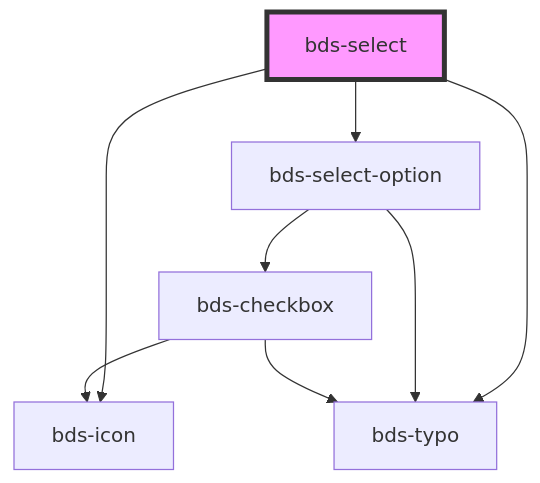
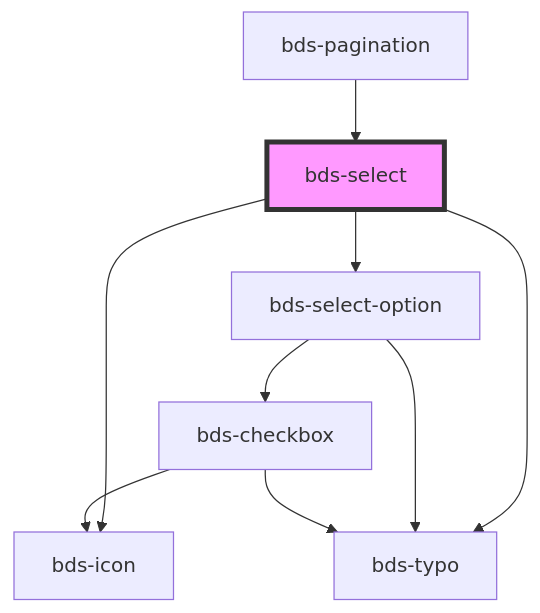
Before and after one commit to takenet/blip-ds: the diagram in src/components/selects/select/readme.md, drawn with Mermaid. The commit also changed other lines of this file and 10 other files, not shown here.

````diff
--- a/src/components/selects/select/readme.md
+++ b/src/components/selects/select/readme.md
@@ -54,11 +58,12 @@
 ```mermaid
 graph TD;
   bds-select --> bds-icon
   bds-select --> bds-typo
   bds-select --> bds-select-option
   bds-select-option --> bds-typo
   bds-select-option --> bds-checkbox
   bds-checkbox --> bds-icon
   bds-checkbox --> bds-typo
+  bds-pagination --> bds-select
   style bds-select fill:#f9f,stroke:#333,stroke-width:4px
 ```
````
